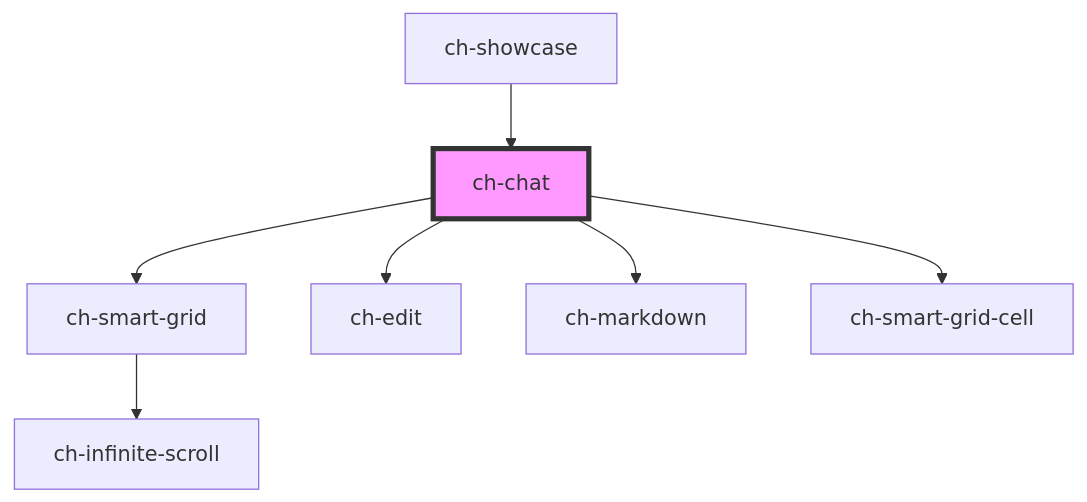
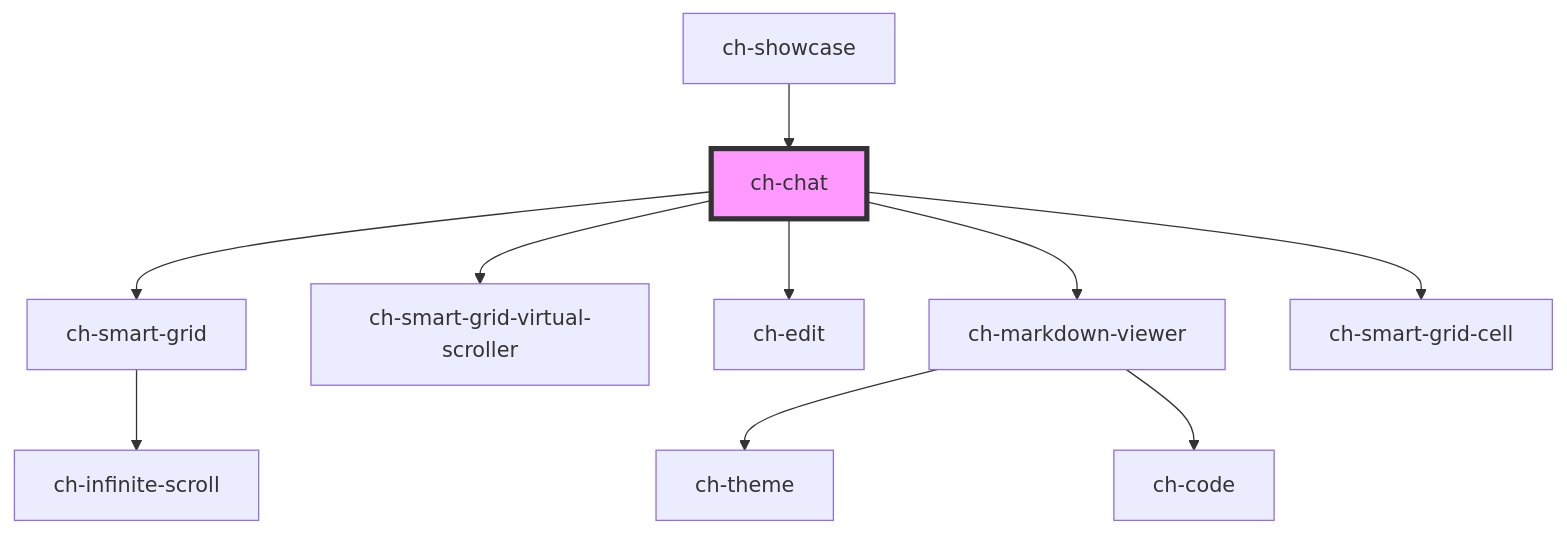
One commit to genexuslabs/chameleon-controls-library changed the diagram in src/components/chat/readme.md. Above: the diagram before and after it, drawn with Mermaid. The commit also changed other lines of this file and 8 other files, not shown here.

````diff
--- a/src/components/chat/readme.md
+++ b/src/components/chat/readme.md
@@ -137,10 +139,13 @@
 ```mermaid
 graph TD;
   ch-chat --> ch-smart-grid
+  ch-chat --> ch-smart-grid-virtual-scroller
   ch-chat --> ch-edit
-  ch-chat --> ch-markdown
+  ch-chat --> ch-markdown-viewer
   ch-chat --> ch-smart-grid-cell
   ch-smart-grid --> ch-infinite-scroll
+  ch-markdown-viewer --> ch-theme
+  ch-markdown-viewer --> ch-code
   ch-showcase --> ch-chat
   style ch-chat fill:#f9f,stroke:#333,stroke-width:4px
 ```
````
